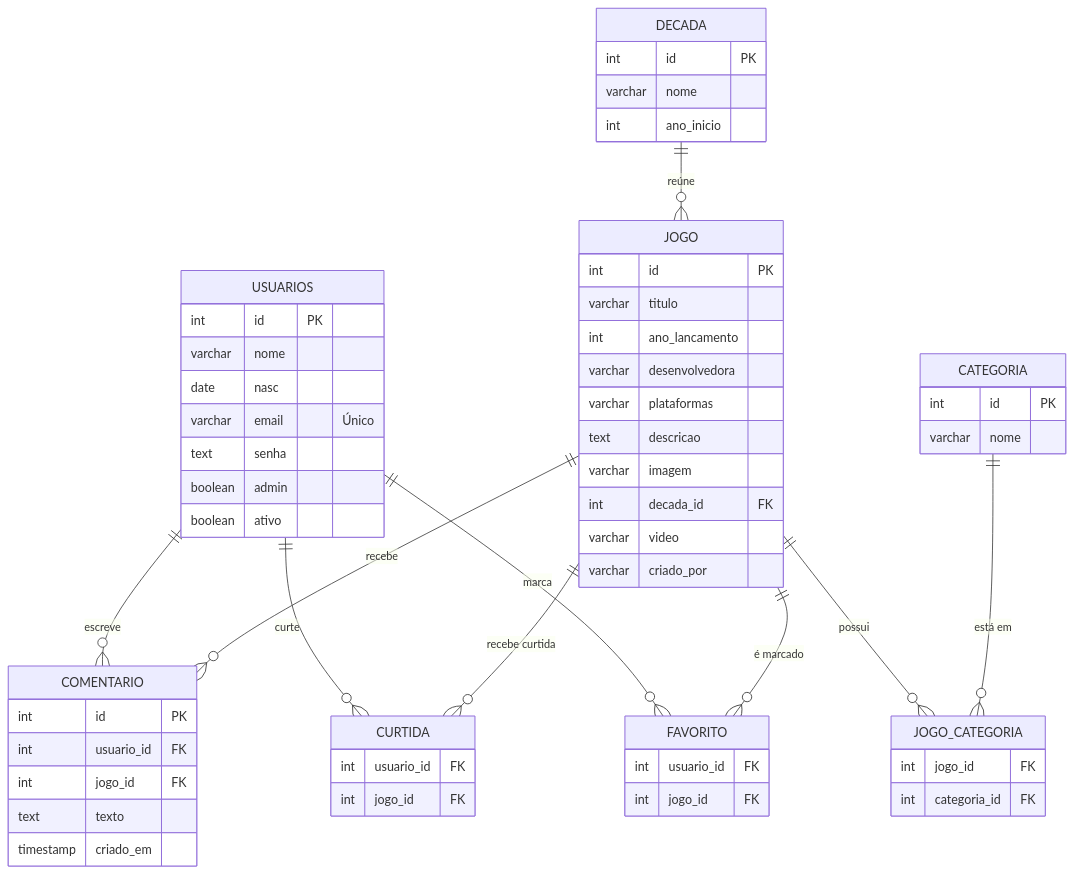
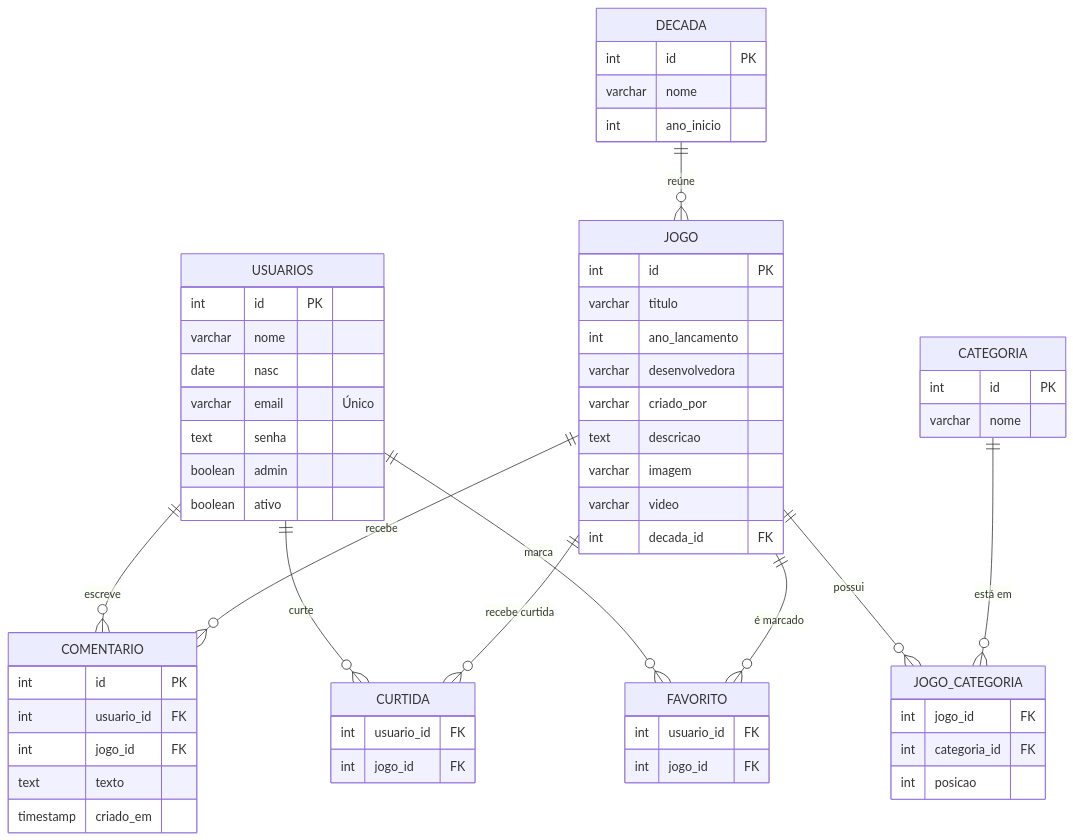
Before and after one commit to Livia-MP-Null/game_erah: the diagram in README.md, drawn with Mermaid. The commit also changed other lines of this file, not shown here.

````diff
--- a/README.md
+++ b/README.md
@@ -350,62 +364,62 @@
 ```mermaid
 erDiagram
     USUARIOS {
         int id PK
         varchar nome
         date nasc
         varchar email "Único"
         text senha
         boolean admin
         boolean ativo
     }
     DECADA {
         int id PK
         varchar nome
         int ano_inicio
     }
     CATEGORIA {
         int id PK
         varchar nome
     }
     JOGO {
         int id PK
         varchar titulo
         int ano_lancamento
         varchar desenvolvedora
-        varchar plataformas
+        varchar criado_por
         text descricao
         varchar imagem
+        varchar video
         int decada_id FK
-        varchar video
-        varchar criado_por
     }
     JOGO_CATEGORIA {
         int jogo_id FK
         int categoria_id FK
+        int posicao
     }
     FAVORITO {
         int usuario_id FK
         int jogo_id FK
     }
     CURTIDA {
         int usuario_id FK
         int jogo_id FK
     }
     COMENTARIO {
         int id PK
         int usuario_id FK
         int jogo_id FK
         text texto
         timestamp criado_em
     }
 
     DECADA         ||--o{ JOGO            : "reúne"
     JOGO            ||--o{ JOGO_CATEGORIA : "possui"
     CATEGORIA       ||--o{ JOGO_CATEGORIA : "está em"
     USUARIOS        ||--o{ FAVORITO        : "marca"
     JOGO            ||--o{ FAVORITO        : "é marcado"
     USUARIOS        ||--o{ CURTIDA         : "curte"
     JOGO            ||--o{ CURTIDA         : "recebe curtida"
     USUARIOS        ||--o{ COMENTARIO      : "escreve"
     JOGO            ||--o{ COMENTARIO      : "recebe"
 ```
````
